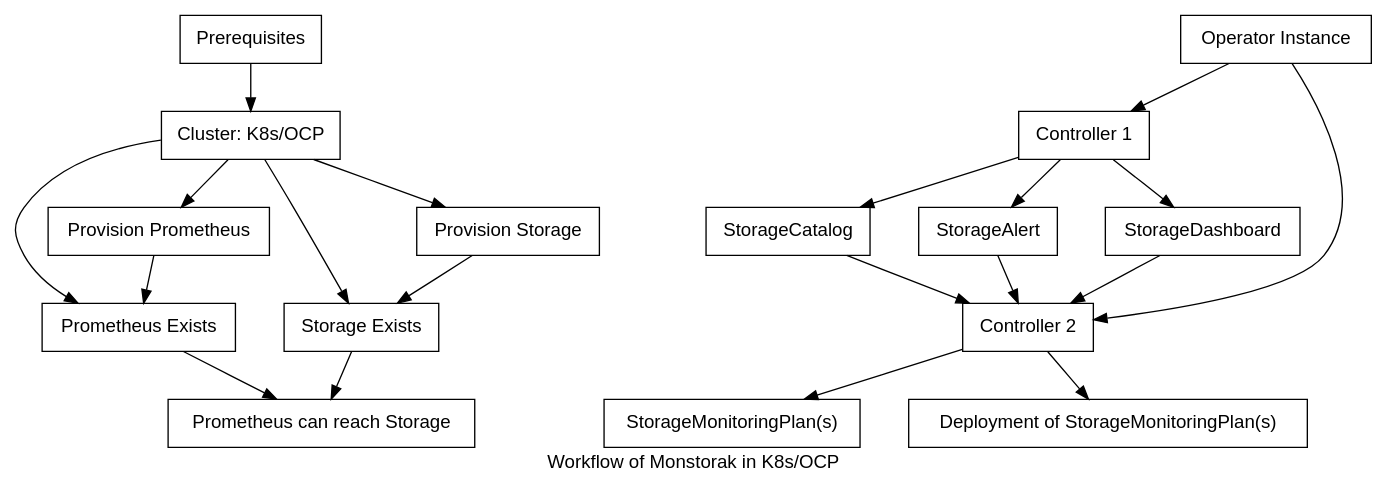
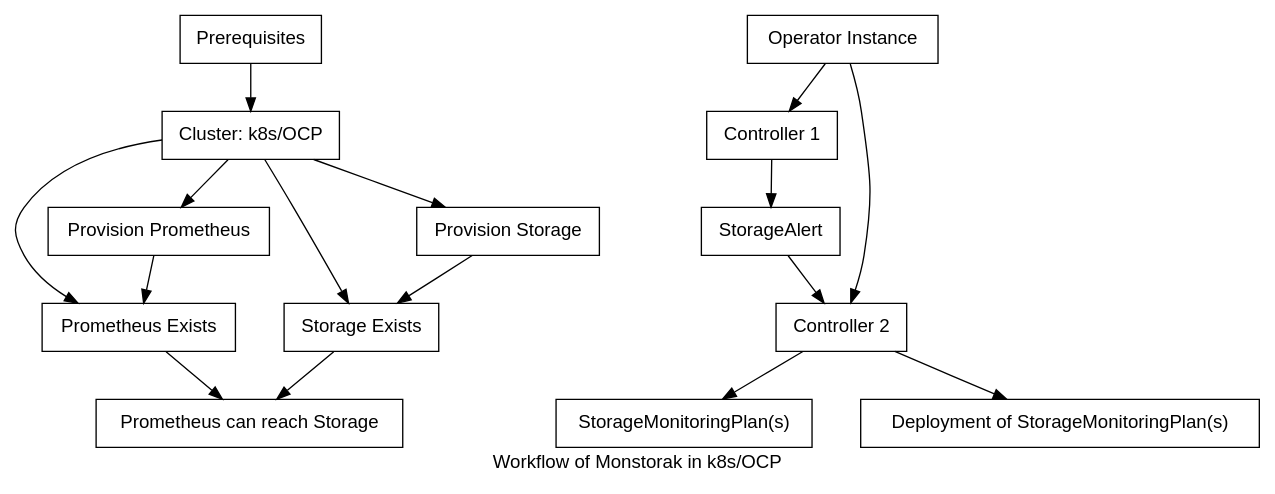
The diagram in docs/Developers/Design/workflow.dot (monstorak/monstorak-operator), drawn with Graphviz before and after one commit. The commit also changed 6 other files, not shown here.

```diff
--- a/docs/Developers/Design/workflow.dot
+++ b/docs/Developers/Design/workflow.dot
@@ -1,52 +1,49 @@
 # dot -Tpng -O <this_file>
 
 digraph {
-  label="Workflow of Monstorak in K8s/OCP"
+  label="Workflow of Monstorak in k8s/OCP"
   fontname="helvetica"
   nodesep=0.5
 
   node [
     shape=rect
     fontname="helvetica"
   ]
 
   edge [
     dir=forward
     fontname="helvetica"
   ]
-  
   pre [label="Prerequisites"]
   pre->c1
 
-  c1 [label="Cluster: K8s/OCP"]
+  c1 [label="Cluster: k8s/OCP"]
   c1->p1, p2
   c1->s1, s2
 
   p1 [label="Prometheus Exists"]
   p2 [label="Provision Prometheus"]
   p2->p1
 
   s1 [label="Storage Exists"]
-  s2 [label="Provision Storage"]  
+  s2 [label="Provision Storage"]
   s2->s1
 
   ps1 [label="Prometheus can reach Storage"]
   p1->ps1
   s1->ps1
 
   op [label="Operator Instance"]
   op->controller1, controller2
 
   controller1 [label="Controller 1"]
-  controller1->cr1, cr2, cr3
-  cr1 [label="StorageCatalog"]
-  cr2 [label="StorageAlert"]
-  cr3 [label="StorageDashboard"]  
-  cr1, cr2, cr3->controller2
+  controller1->cr1
+  cr1 [label="StorageAlert"]
+  cr1->controller2
   controller2 [label="Controller 2"]
   controller2->cr4
-  cr4 [label="StorageMonitoringPlan(s)"]  
+  cr4 [label="StorageMonitoringPlan(s)"]
 
   controller2->deploy
   deploy [label="Deployment of StorageMonitoringPlan(s)"]
 }
```
